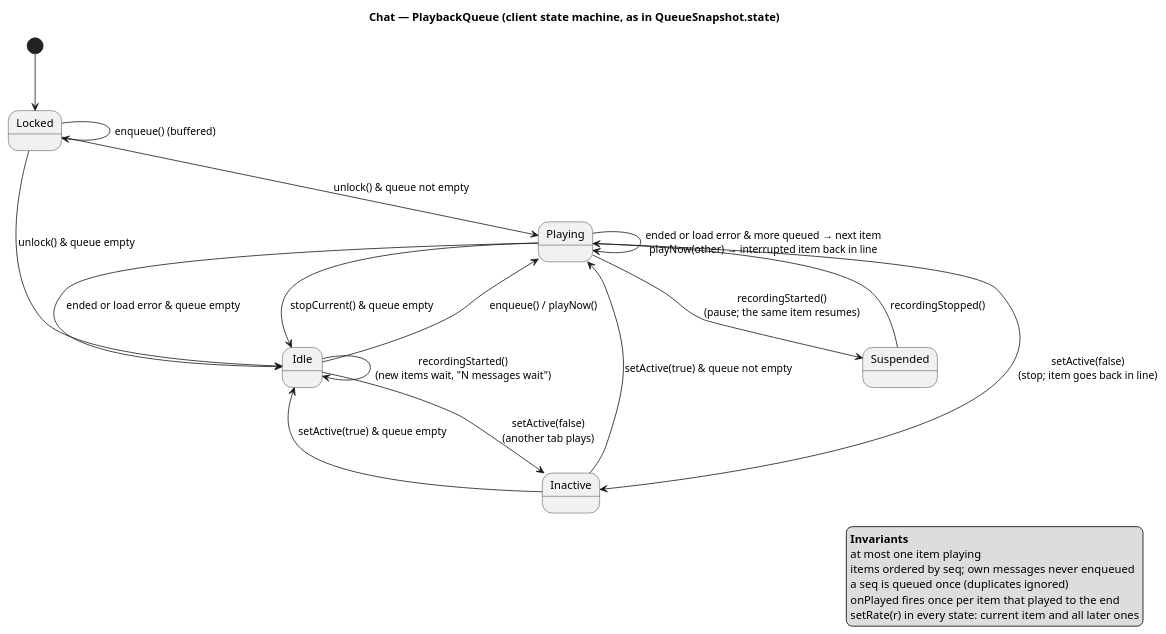
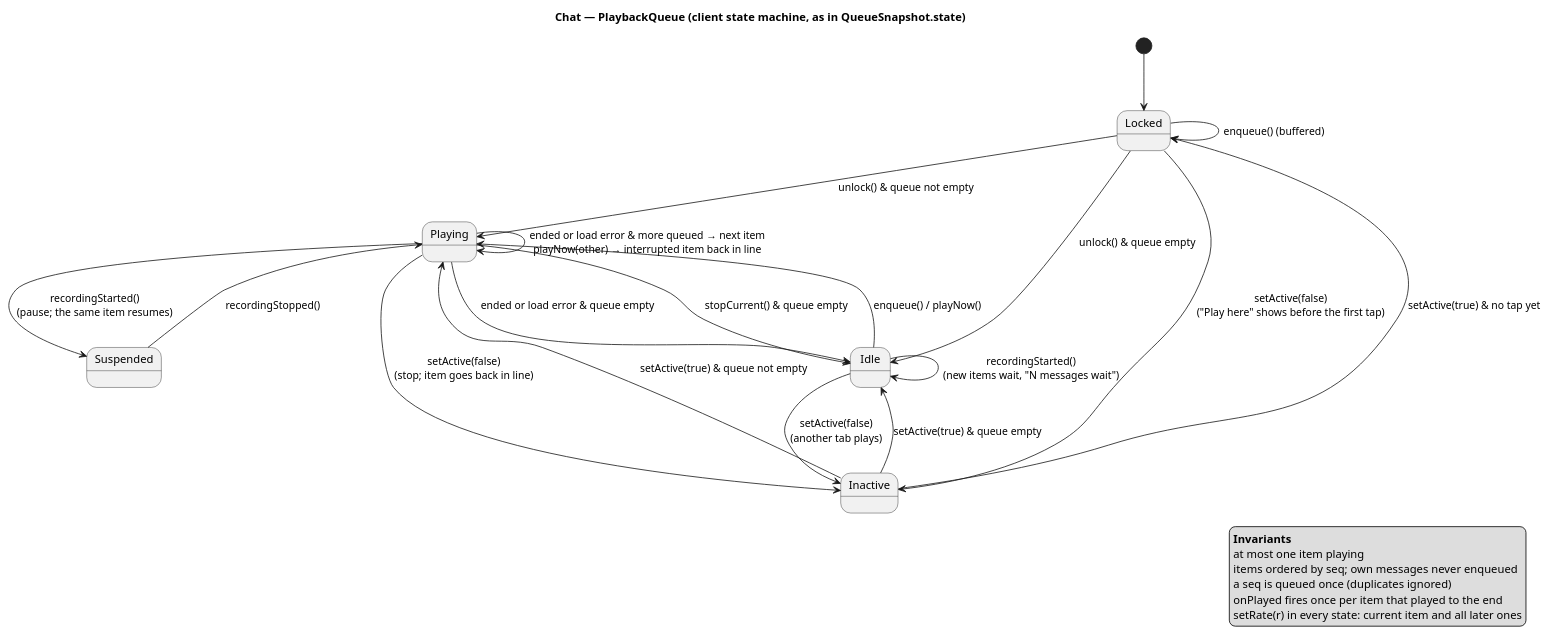
Before and after one commit to Salma-Mahmoudd/pushtalk: the fifth of 7 diagrams in specs/chat/uml-diagrams.puml, drawn with PlantUML. The commit also changed 3 other files, not shown here.

First line of the commit message:
fix(web): offer "Play here" in a silent tab before its first tap

```diff
--- a/specs/chat/uml-diagrams.puml
+++ b/specs/chat/uml-diagrams.puml
@@ -229,33 +229,35 @@
 @startuml uml-diagrams-playback-queue-states
 title Chat — PlaybackQueue (client state machine, as in QueueSnapshot.state)
 
 skinparam shadowing false
 skinparam defaultFontName Helvetica
 skinparam nodesep 60
 skinparam ranksep 70
 
 [*] --> Locked
 Locked --> Locked : enqueue() (buffered)
 Locked --> Playing : unlock() & queue not empty
 Locked --> Idle : unlock() & queue empty
 Idle --> Playing : enqueue() / playNow()
 Playing --> Playing : ended or load error & more queued → next item\nplayNow(other) → interrupted item back in line
 Playing --> Idle : ended or load error & queue empty
 Playing --> Idle : stopCurrent() & queue empty
 Playing --> Suspended : recordingStarted()\n(pause; the same item resumes)
 Suspended --> Playing : recordingStopped()
 Idle --> Idle : recordingStarted()\n(new items wait, "N messages wait")
 Idle --> Inactive : setActive(false)\n(another tab plays)
 Playing --> Inactive : setActive(false)\n(stop; item goes back in line)
 Inactive --> Playing : setActive(true) & queue not empty
 Inactive --> Idle : setActive(true) & queue empty
+Locked --> Inactive : setActive(false)\n("Play here" shows before the first tap)
+Inactive --> Locked : setActive(true) & no tap yet
 
 legend right
   **Invariants**
   at most one item playing
   items ordered by seq; own messages never enqueued
   a seq is queued once (duplicates ignored)
   onPlayed fires once per item that played to the end
   setRate(r) in every state: current item and all later ones
 endlegend
 @enduml
```
